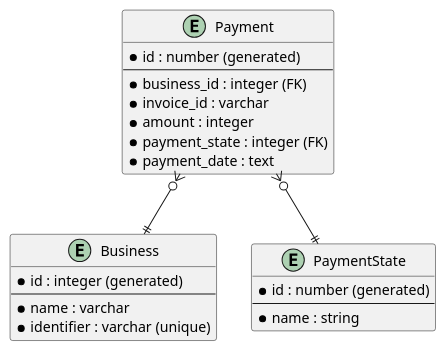
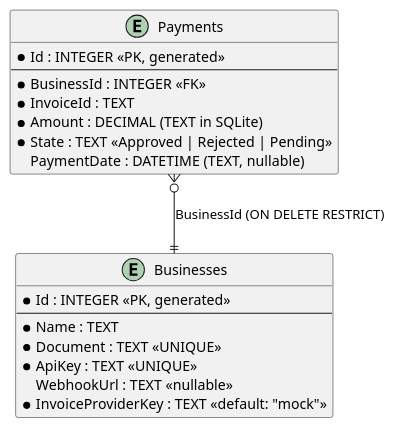
Before and after one commit to mateusfccp/UnfathomablePayLink: the diagram in diagramas/entity_diagram.plantuml, drawn with PlantUML.

Commit message:
chore: puml diagram updated (#4)

```diff
--- a/diagramas/entity_diagram.plantuml
+++ b/diagramas/entity_diagram.plantuml
@@ -1,29 +1,25 @@
 @startuml
 
-entity Business {
-	* id : integer (generated)
+entity Businesses {
+	* Id : INTEGER <<PK, generated>>
 	--
-	* name : varchar
-	* identifier : varchar (unique)
+	* Name : TEXT
+	* Document : TEXT <<UNIQUE>>
+	* ApiKey : TEXT <<UNIQUE>>
+	  WebhookUrl : TEXT <<nullable>>
+	* InvoiceProviderKey : TEXT <<default: "mock">>
 }
 
-entity Payment {
-	* id : number (generated)
+entity Payments {
+	* Id : INTEGER <<PK, generated>>
 	--
-	* business_id : integer (FK)
-	* invoice_id : varchar
-	* amount : integer
-	* payment_state : integer (FK)
-	* payment_date : text
+	* BusinessId : INTEGER <<FK>>
+	* InvoiceId : TEXT
+	* Amount : DECIMAL (TEXT in SQLite)
+	* State : TEXT <<Approved | Rejected | Pending>>
+	  PaymentDate : DATETIME (TEXT, nullable)
 }
 
-entity PaymentState {
-	* id : number (generated)
-	--
-	* name : string
-}
-
-Payment }o--|| Business
-Payment }o--|| PaymentState
+Payments }o--|| Businesses : "BusinessId (ON DELETE RESTRICT)"
 
 @enduml
```
